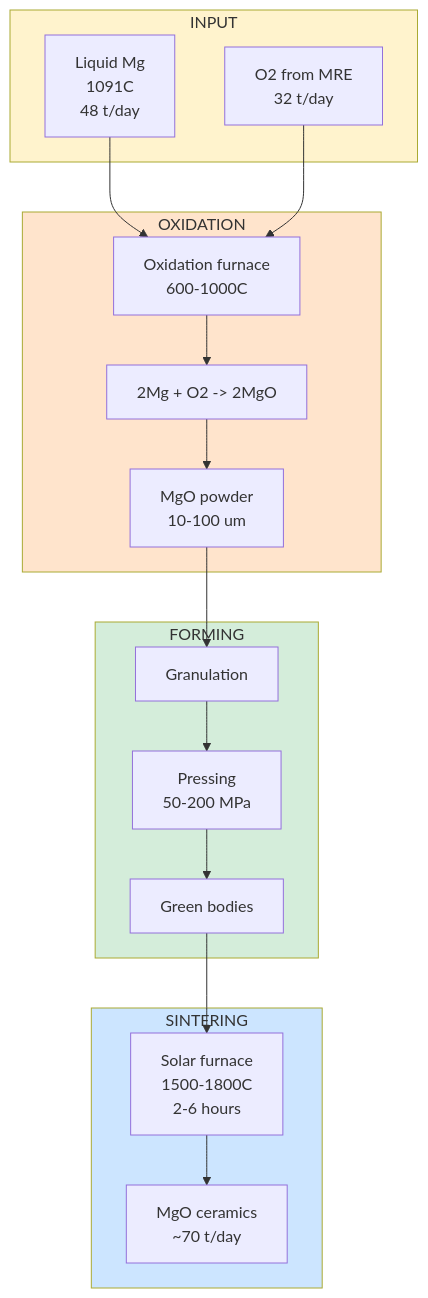
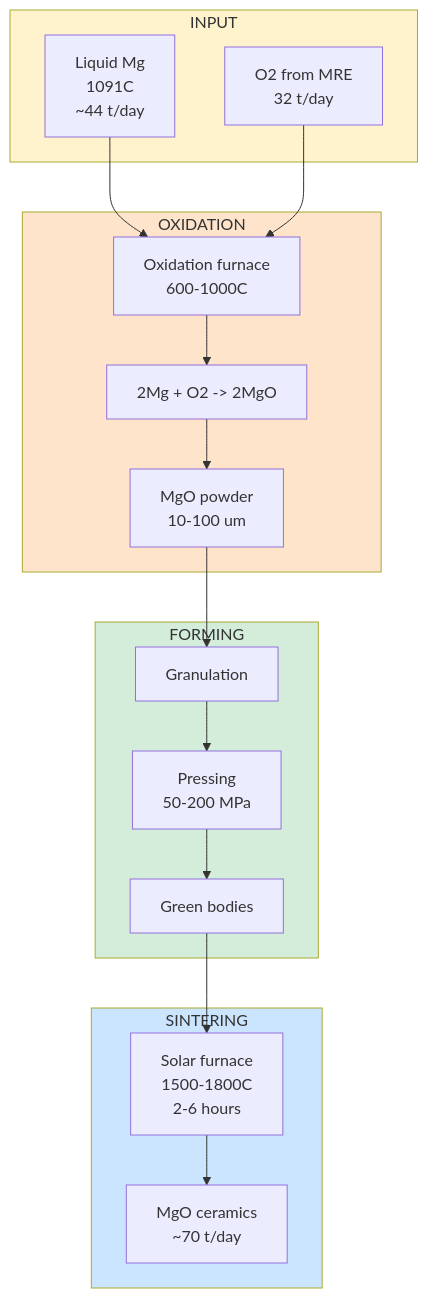
One commit to DmitryNasikanov/infinite-energy changed the diagram in en/science/detailed/materials/ceramics-mgo.qmd. Above: the diagram before and after it, drawn with Mermaid. The commit also changed other lines of this file and 24 other files, not shown here.

````diff
--- a/en/science/detailed/materials/ceramics-mgo.qmd
+++ b/en/science/detailed/materials/ceramics-mgo.qmd
@@ -33,39 +34,39 @@
 ```{mermaid}
 flowchart TD
     subgraph INPUT["INPUT"]
-        MG["Liquid Mg<br/>1091C<br/>48 t/day"]
+        MG["Liquid Mg<br/>1091C<br/>~44 t/day"]
         O2["O2 from MRE<br/>32 t/day"]
     end
 
     subgraph OXIDATION["OXIDATION"]
         OX_FURNACE["Oxidation furnace<br/>600-1000C"]
         REACTION["2Mg + O2 -> 2MgO"]
         MGO_POWDER["MgO powder<br/>10-100 um"]
     end
 
     subgraph FORMING["FORMING"]
         GRANULATE["Granulation"]
         PRESS["Pressing<br/>50-200 MPa"]
         GREEN["Green bodies"]
     end
 
     subgraph SINTERING["SINTERING"]
         SOLAR["Solar furnace<br/>1500-1800C<br/>2-6 hours"]
         CERAMIC["MgO ceramics<br/>~70 t/day"]
     end
 
     MG --> OX_FURNACE
     O2 --> OX_FURNACE
     OX_FURNACE --> REACTION
     REACTION --> MGO_POWDER
     MGO_POWDER --> GRANULATE
     GRANULATE --> PRESS
     PRESS --> GREEN
     GREEN --> SOLAR
     SOLAR --> CERAMIC
 
     style INPUT fill:#fff3cd
     style OXIDATION fill:#ffe4cc
     style FORMING fill:#d4edda
     style SINTERING fill:#cce5ff
 ```
````
